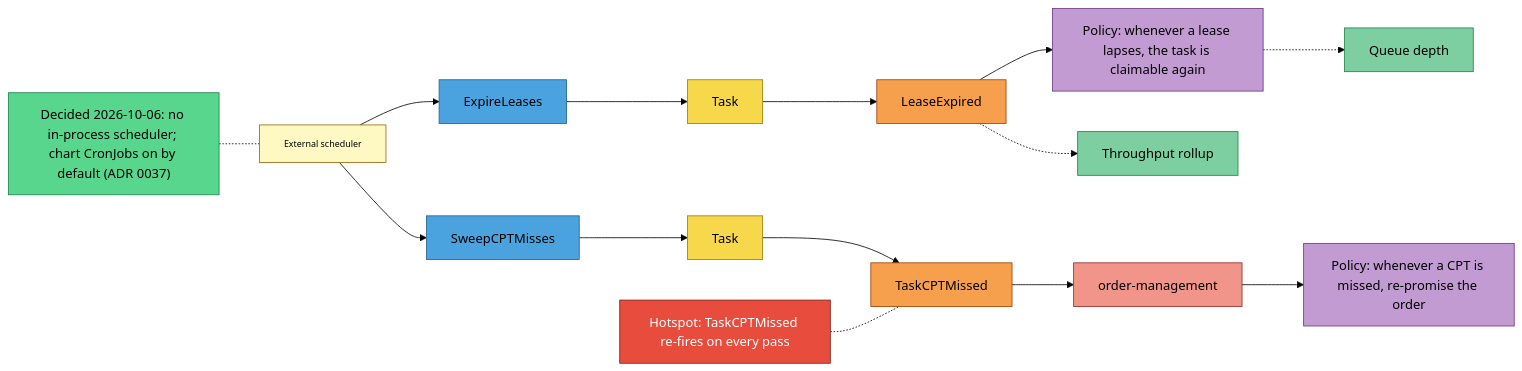
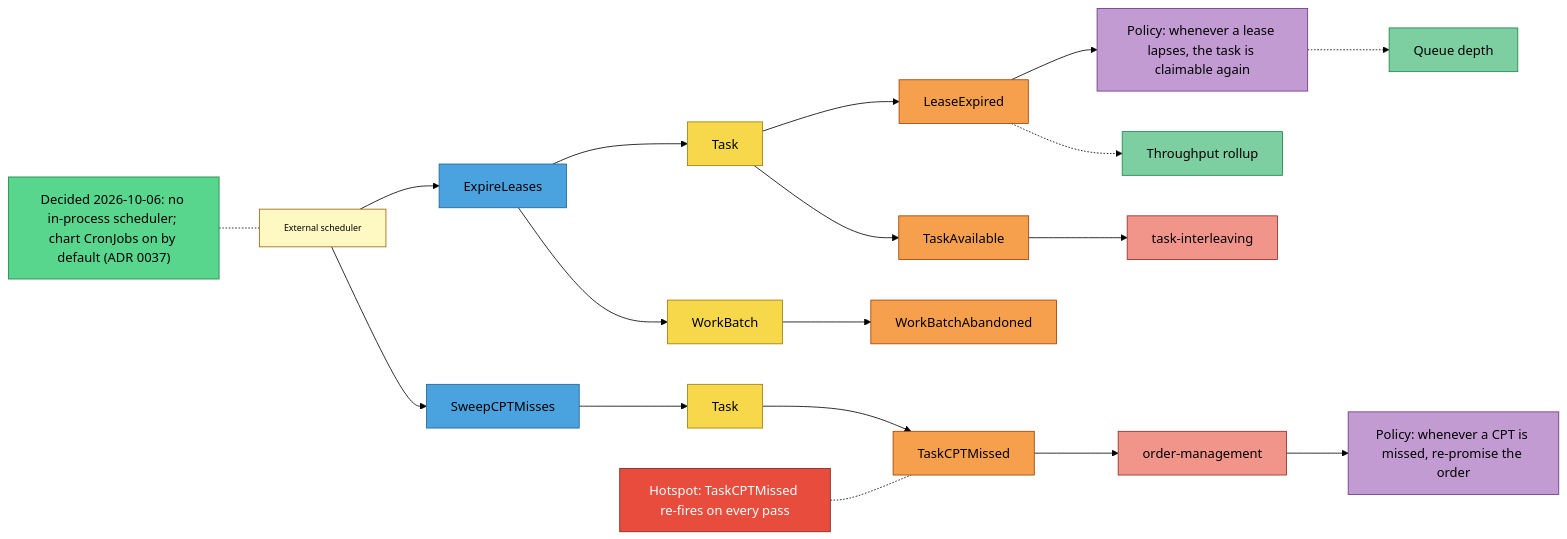
Before and after one commit to IQVO/fulfillment-execution: the fourth of 4 diagrams in docs/docs/ddd/eventstorming.md, drawn with Mermaid (forest theme). The commit also changed other lines of this file and 10 other files, not shown here.

````diff
--- a/docs/docs/ddd/eventstorming.md
+++ b/docs/docs/ddd/eventstorming.md
@@ -170,35 +204,41 @@
 ```mermaid
 flowchart LR
     SCH["External scheduler"]:::actor
     C1["ExpireLeases"]:::command
     T1["Task"]:::aggregate
     E1["LeaseExpired"]:::event
+    E1b["TaskAvailable"]:::event
+    TI["task-interleaving"]:::external
+    WB["WorkBatch"]:::aggregate
+    E1c["WorkBatchAbandoned"]:::event
     P1["Policy: whenever a lease lapses, the task is claimable again"]:::policy
     RM1["Queue depth"]:::readmodel
     C2["SweepCPTMisses"]:::command
     T2["Task"]:::aggregate
     E2["TaskCPTMissed"]:::event
     OM["order-management"]:::external
     P2["Policy: whenever a CPT is missed, re-promise the order"]:::policy
     PJ["Throughput rollup"]:::readmodel
     H1["Decided 2026-10-06: no in-process scheduler; chart CronJobs on by default (ADR 0037)"]:::decision
     H2["Hotspot: TaskCPTMissed re-fires on every pass"]:::hotspot
 
     SCH --> C1 --> T1 --> E1 --> P1
+    T1 --> E1b --> TI
+    C1 --> WB --> E1c
     P1 -.-> RM1
     E1 -.-> PJ
     SCH --> C2 --> T2 --> E2 --> OM
     OM --> P2
     H1 -.- SCH
     H2 -.- E2
 
     classDef actor fill:#fef9c3,stroke:#a16207,color:#000,font-size:11px
     classDef command fill:#4aa3df,stroke:#1f6391,color:#000
     classDef aggregate fill:#f7d84a,stroke:#9a7d0a,color:#000
     classDef event fill:#f6a04d,stroke:#a04000,color:#000
     classDef policy fill:#c39bd3,stroke:#6c3483,color:#000
     classDef readmodel fill:#7dcea0,stroke:#1e8449,color:#000
     classDef external fill:#f1948a,stroke:#922b21,color:#000
     classDef hotspot fill:#e74c3c,stroke:#7b241c,color:#fff
     classDef decision fill:#58d68d,stroke:#1e8449,color:#000
 ```
````
